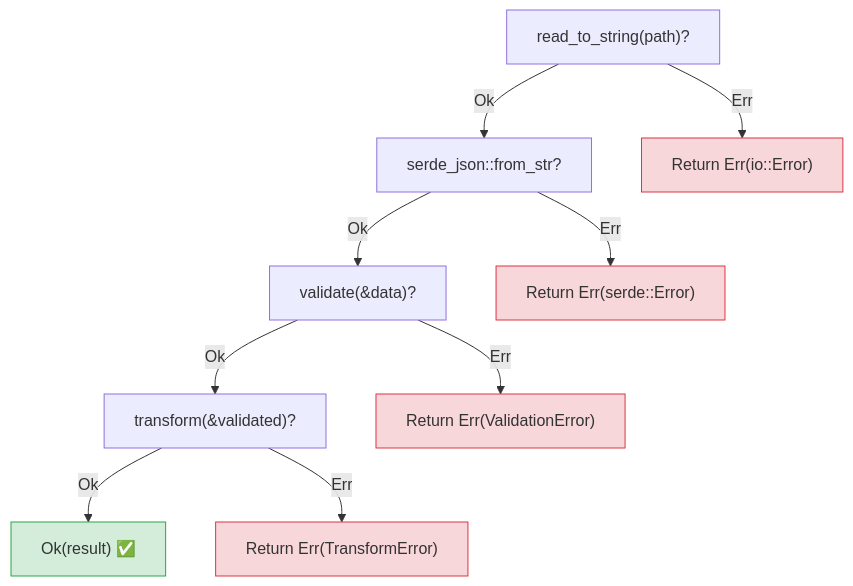
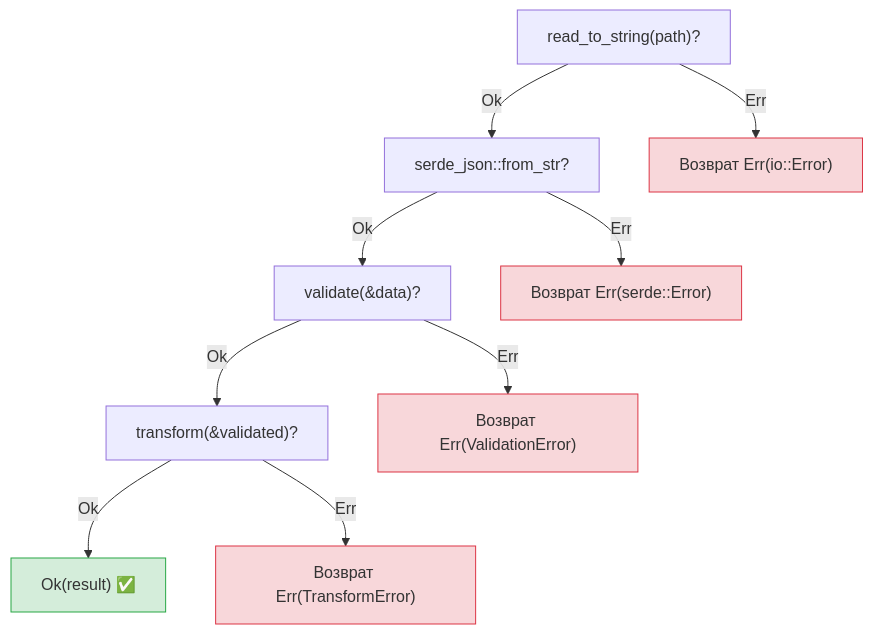
One commit to r007/RustTraining-Rus changed the first of 2 diagrams in python-book/src/ch09-error-handling.md. Above: the diagram before and after it, drawn with Mermaid. The commit also changed other lines of this file and 10 other files, not shown here.

````diff
--- a/python-book/src/ch09-error-handling.md
+++ b/python-book/src/ch09-error-handling.md
@@ -170,16 +166,16 @@
 ```mermaid
 flowchart TD
-    A["read_to_string(path)?"] -->|Ok| B["serde_json::from_str?"] 
-    A -->|Err| X["Return Err(io::Error)"]
+    A["read_to_string(path)?"] -->|Ok| B["serde_json::from_str?"]
+    A -->|Err| X["Возврат Err(io::Error)"]
     B -->|Ok| C["validate(&data)?"]
-    B -->|Err| Y["Return Err(serde::Error)"]
+    B -->|Err| Y["Возврат Err(serde::Error)"]
     C -->|Ok| D["transform(&validated)?"]
-    C -->|Err| Z["Return Err(ValidationError)"]
+    C -->|Err| Z["Возврат Err(ValidationError)"]
     D -->|Ok| E["Ok(result) ✅"]
-    D -->|Err| W["Return Err(TransformError)"]
+    D -->|Err| W["Возврат Err(TransformError)"]
     style E fill:#d4edda,stroke:#28a745
     style X fill:#f8d7da,stroke:#dc3545
     style Y fill:#f8d7da,stroke:#dc3545
     style Z fill:#f8d7da,stroke:#dc3545
     style W fill:#f8d7da,stroke:#dc3545
 ```
````
